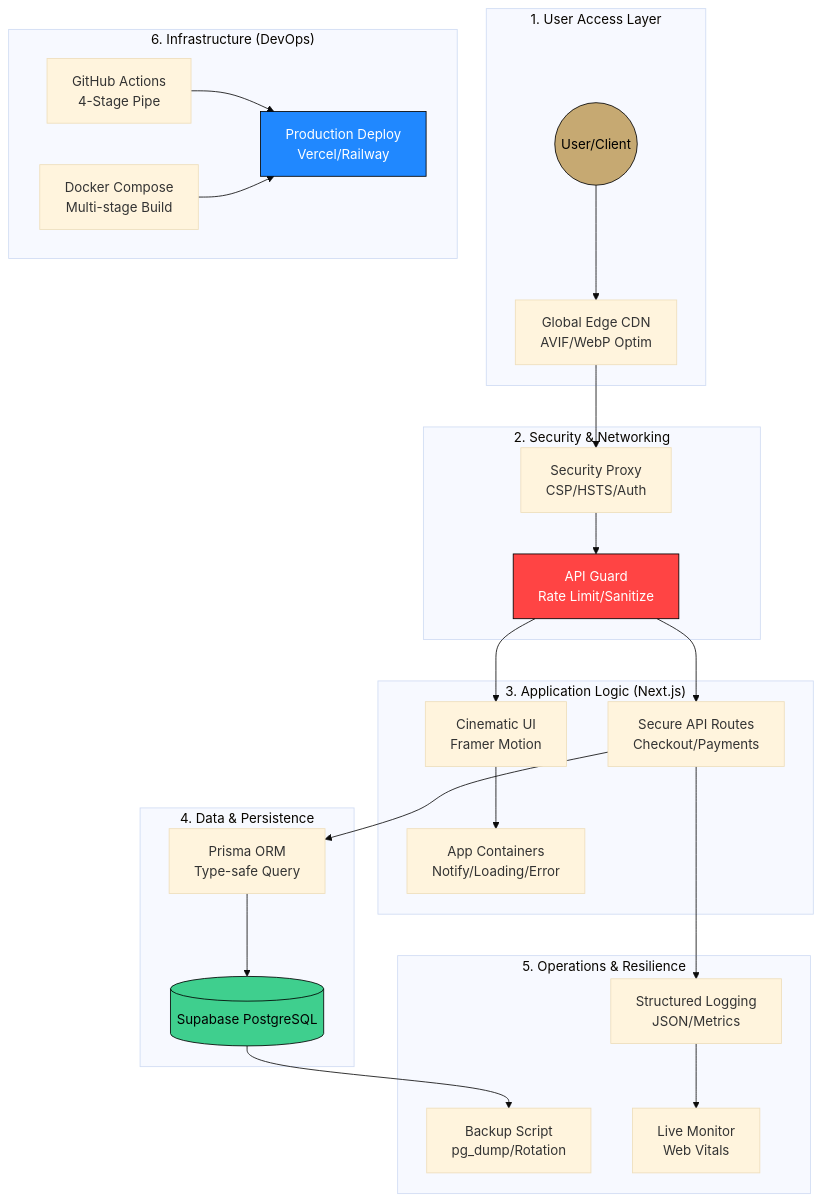
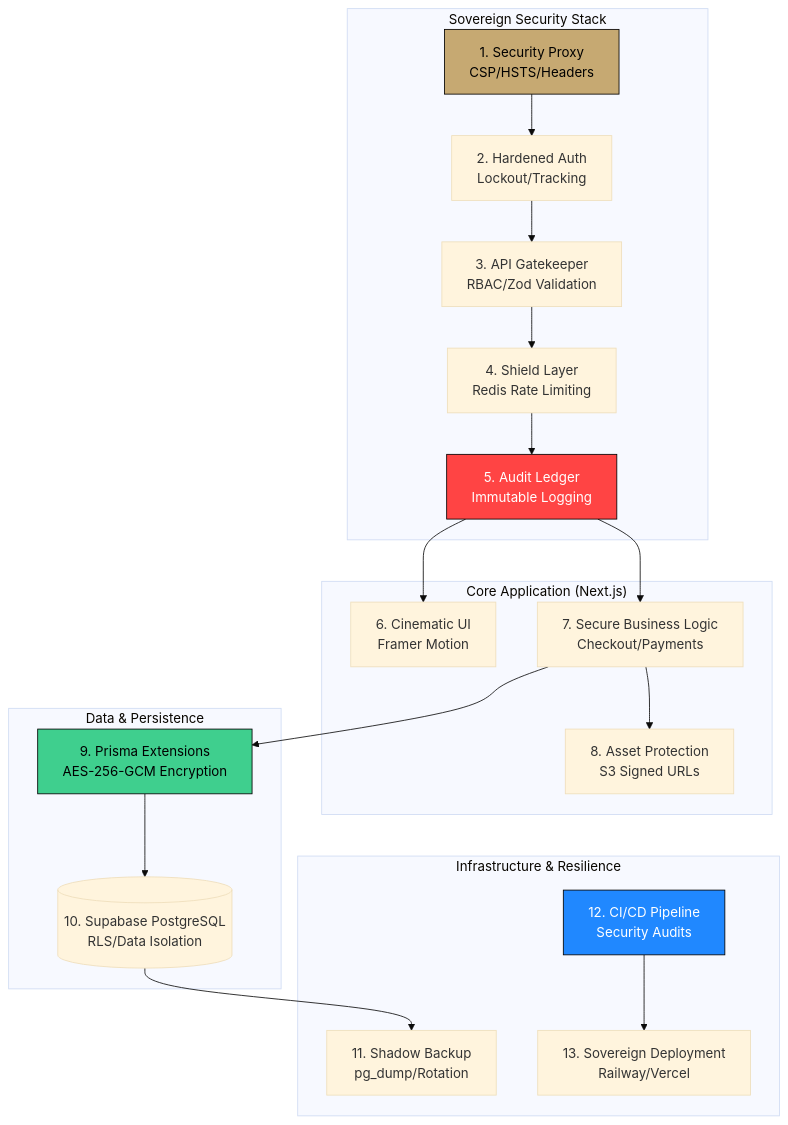
One commit to playvaultgg/NOIR changed the diagram in README.md. Above: the diagram before and after it, drawn with Mermaid (base theme). The commit also changed other lines of this file and 20 other files, not shown here.

First line of the commit message:
feat: implement 13-layer sovereign security architecture

````diff
--- a/README.md
+++ b/README.md
@@ -27,38 +27,30 @@
 ```mermaid
 graph TD
-    subgraph "1. User Access Layer"
-        User((User/Client)) --> CDN[Global Edge CDN<br/>AVIF/WebP Optim]
+    subgraph "Sovereign Security Stack"
+        Proxy[1. Security Proxy<br/>CSP/HSTS/Headers] --> Auth[2. Hardened Auth<br/>Lockout/Tracking]
+        Auth --> Guard[3. API Gatekeeper<br/>RBAC/Zod Validation]
+        Guard --> Shield[4. Shield Layer<br/>Redis Rate Limiting]
+        Shield --> Audit[5. Audit Ledger<br/>Immutable Logging]
     end
 
-    subgraph "2. Security & Networking"
-        CDN --> Proxy[Security Proxy<br/>CSP/HSTS/Auth]
-        Proxy --> Guard[API Guard<br/>Rate Limit/Sanitize]
+    subgraph "Core Application (Next.js)"
+        Audit --> UI[6. Cinematic UI<br/>Framer Motion]
+        Audit --> API[7. Secure Business Logic<br/>Checkout/Payments]
+        API --> Assets[8. Asset Protection<br/>S3 Signed URLs]
     end
 
-    subgraph "3. Application Logic (Next.js)"
-        Guard --> UI[Cinematic UI<br/>Framer Motion]
-        Guard --> API[Secure API Routes<br/>Checkout/Payments]
-        UI --> Containers[App Containers<br/>Notify/Loading/Error]
+    subgraph "Data & Persistence"
+        API --> Prisma[9. Prisma Extensions<br/>AES-256-GCM Encryption]
+        Prisma --> DB[(10. Supabase PostgreSQL<br/>RLS/Data Isolation)]
     end
 
-    subgraph "4. Data & Persistence"
-        API --> Prisma[Prisma ORM<br/>Type-safe Query]
-        Prisma --> DB[(Supabase PostgreSQL)]
+    subgraph "Infrastructure & Resilience"
+        DB --> Backup[11. Shadow Backup<br/>pg_dump/Rotation]
+        CI[12. CI/CD Pipeline<br/>Security Audits] --> Deploy[13. Sovereign Deployment<br/>Railway/Vercel]
     end
 
-    subgraph "5. Operations & Resilience"
-        DB --> Backup[Backup Script<br/>pg_dump/Rotation]
-        API --> Logging[Structured Logging<br/>JSON/Metrics]
-        Logging --> Monitor[Live Monitor<br/>Web Vitals]
-    end
-
-    subgraph "6. Infrastructure (DevOps)"
-        CI[GitHub Actions<br/>4-Stage Pipe] --> Deploy[Production Deploy<br/>Vercel/Railway]
-        Docker[Docker Compose<br/>Multi-stage Build] --> Deploy
-    end
-
-    style User fill:#C6A972,stroke:#000,color:#000
-    style DB fill:#3FCF8E,stroke:#000,color:#000
-    style Deploy fill:#2088FF,stroke:#000,color:#fff
-    style Guard fill:#f44,stroke:#000,color:#fff
+    style Proxy fill:#C6A972,stroke:#000,color:#000
+    style Audit fill:#f44,stroke:#000,color:#fff
+    style Prisma fill:#3FCF8E,stroke:#000,color:#000
+    style CI fill:#2088FF,stroke:#000,color:#fff
 ```
````
